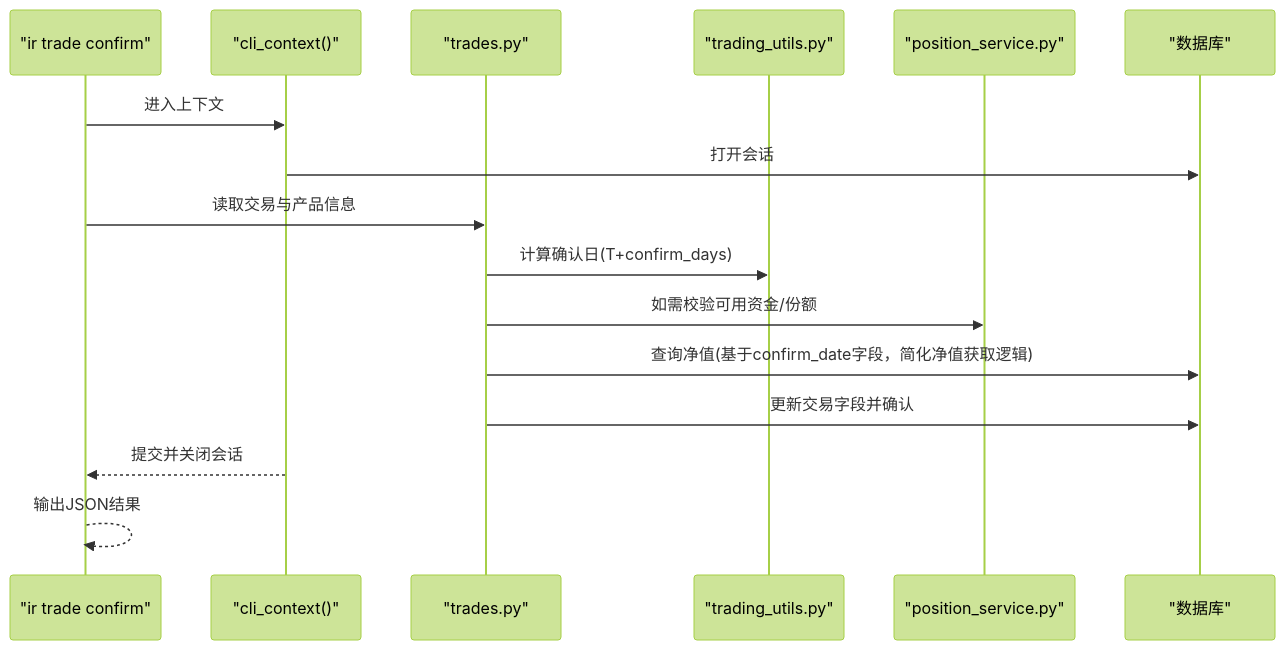
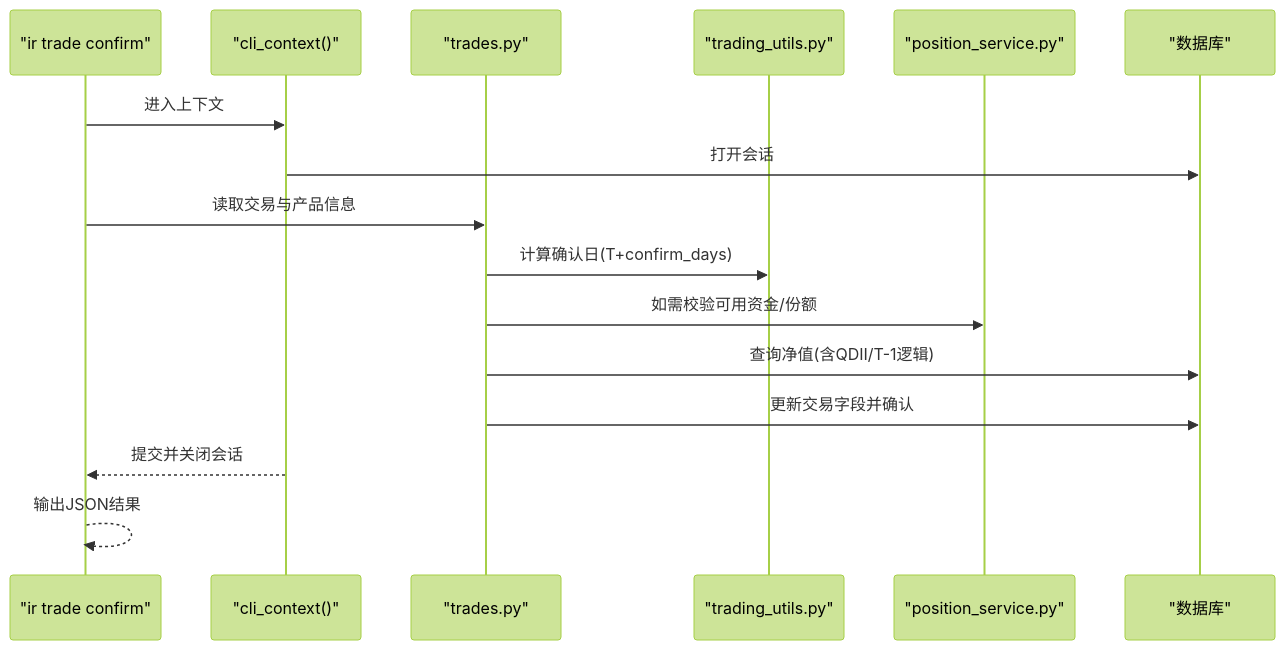
One commit to gujialind/InvestRing changed the fourth of 5 diagrams in .qoder/repowiki/zh/content/核心业务功能/交易工具服务层.md. Above: the diagram before and after it, drawn with Mermaid (forest theme). The commit also changed other lines of this file and 65 other files, not shown here.

````diff
--- a/.qoder/repowiki/zh/content/核心业务功能/交易工具服务层.md
+++ b/.qoder/repowiki/zh/content/核心业务功能/交易工具服务层.md
@@ -182,18 +176,18 @@
 ```mermaid
 sequenceDiagram
 participant CLI as "ir trade confirm"
 participant Ctx as "cli_context()"
 participant Trades as "trades.py"
 participant Utils as "trading_utils.py"
 participant Pos as "position_service.py"
 participant DB as "数据库"
 CLI->>Ctx : 进入上下文
 Ctx->>DB : 打开会话
 CLI->>Trades : 读取交易与产品信息
 Trades->>Utils : 计算确认日(T+confirm_days)
 Trades->>Pos : 如需校验可用资金/份额
-Trades->>DB : 查询净值(基于confirm_date字段，简化净值获取逻辑)
+Trades->>DB : 查询净值(含QDII/T-1逻辑)
 Trades->>DB : 更新交易字段并确认
 Ctx-->>CLI : 提交并关闭会话
 CLI-->>CLI : 输出JSON结果
 ```
````
